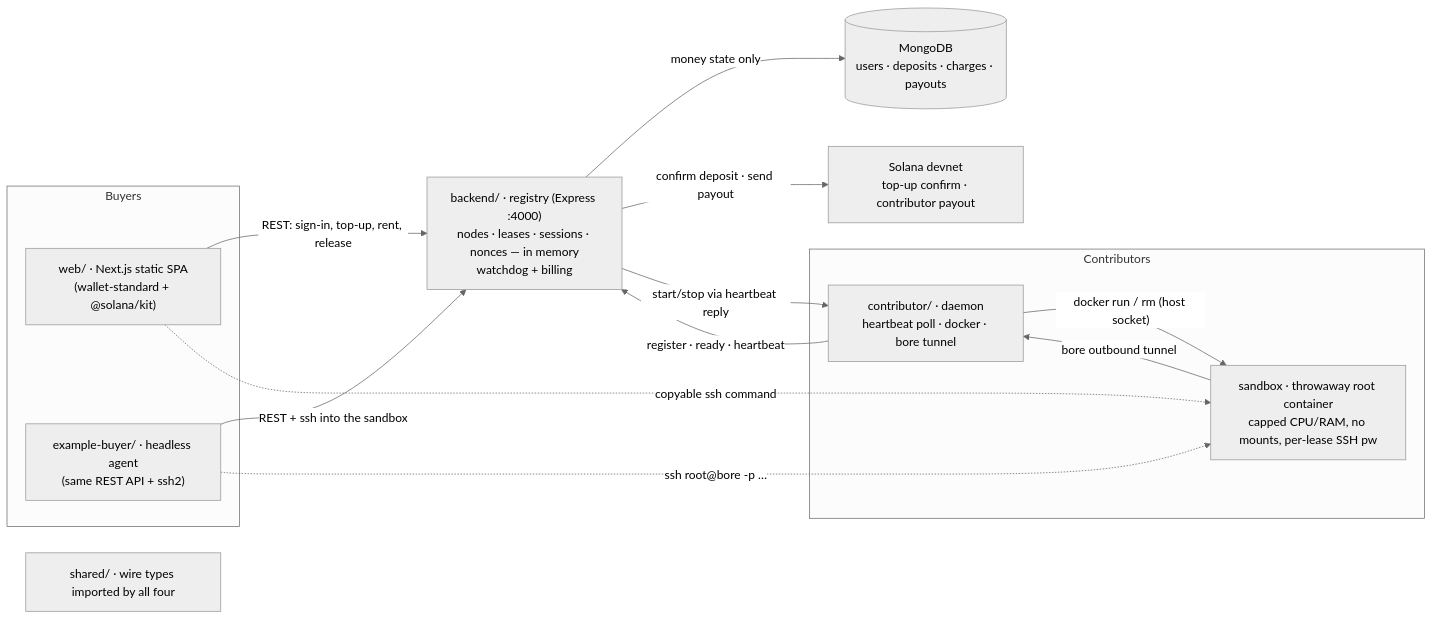
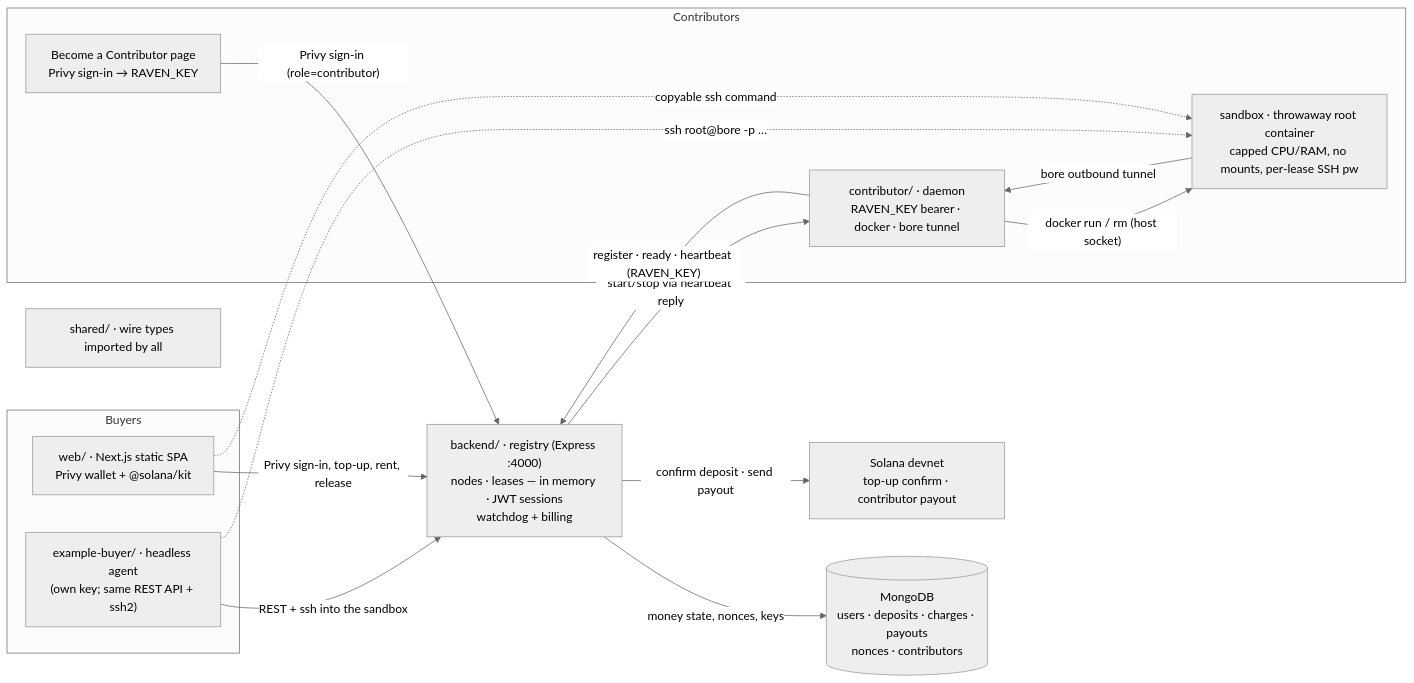
One commit to Koushikmondal06/RAVEN changed the diagram in README.md. Above: the diagram before and after it, drawn with Mermaid (neutral theme). The commit also changed other lines of this file and 21 other files, not shown here.

Commit message:
feat(web): add contributor image workflow to CI

````diff
--- a/README.md
+++ b/README.md
@@ -11,30 +11,32 @@
 ```mermaid
 flowchart LR
     subgraph buyers [Buyers]
-        web["web/ · Next.js static SPA<br/>(wallet-standard + @solana/kit)"]
-        agent["example-buyer/ · headless agent<br/>(same REST API + ssh2)"]
+        web["web/ · Next.js static SPA<br/>Privy wallet + @solana/kit"]
+        agent["example-buyer/ · headless agent<br/>(own key; same REST API + ssh2)"]
     end
 
-    registry["backend/ · registry (Express :4000)<br/>nodes · leases · sessions · nonces — in memory<br/>watchdog + billing"]
+    registry["backend/ · registry (Express :4000)<br/>nodes · leases — in memory · JWT sessions<br/>watchdog + billing"]
 
     subgraph contribs [Contributors]
-        contributor["contributor/ · daemon<br/>heartbeat poll · docker · bore tunnel"]
+        onboarding["Become a Contributor page<br/>Privy sign-in → RAVEN_KEY"]
+        contributor["contributor/ · daemon<br/>RAVEN_KEY bearer · docker · bore tunnel"]
         sandbox["sandbox · throwaway root container<br/>capped CPU/RAM, no mounts, per-lease SSH pw"]
     end
 
-    mongo[("MongoDB<br/>users · deposits · charges · payouts")]
+    mongo[("MongoDB<br/>users · deposits · charges · payouts<br/>nonces · contributors")]
     solana["Solana devnet<br/>top-up confirm · contributor payout"]
 
-    web -- "REST: sign-in, top-up, rent, release" --> registry
+    web -- "Privy sign-in, top-up, rent, release" --> registry
+    onboarding -- "Privy sign-in (role=contributor)" --> registry
     agent -- "REST + ssh into the sandbox" --> registry
-    registry -- "money state only" --> mongo
+    registry -- "money state, nonces, keys" --> mongo
     registry -- "confirm deposit · send payout" --> solana
     registry -- "start/stop via heartbeat reply" --> contributor
-    contributor -- "register · ready · heartbeat" --> registry
+    contributor -- "register · ready · heartbeat (RAVEN_KEY)" --> registry
     contributor -- "docker run / rm (host socket)" --> sandbox
     sandbox -- "bore outbound tunnel" --> contributor
     agent -. "ssh root@bore -p …" .-> sandbox
     web -. "copyable ssh command" .-> sandbox
 
-    shared["shared/ · wire types imported by all four"]
+    shared["shared/ · wire types imported by all"]
 ```
````
